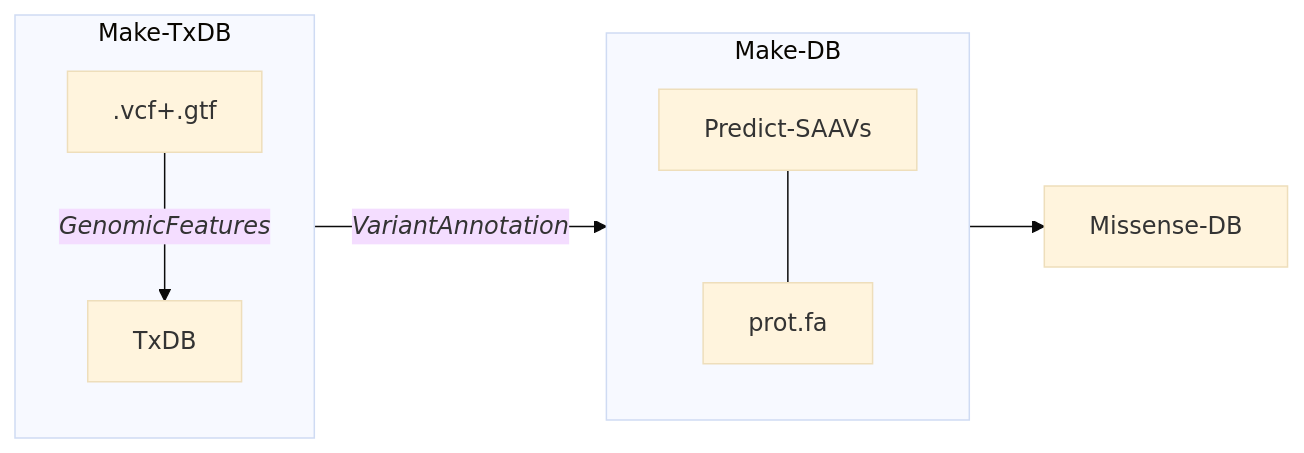
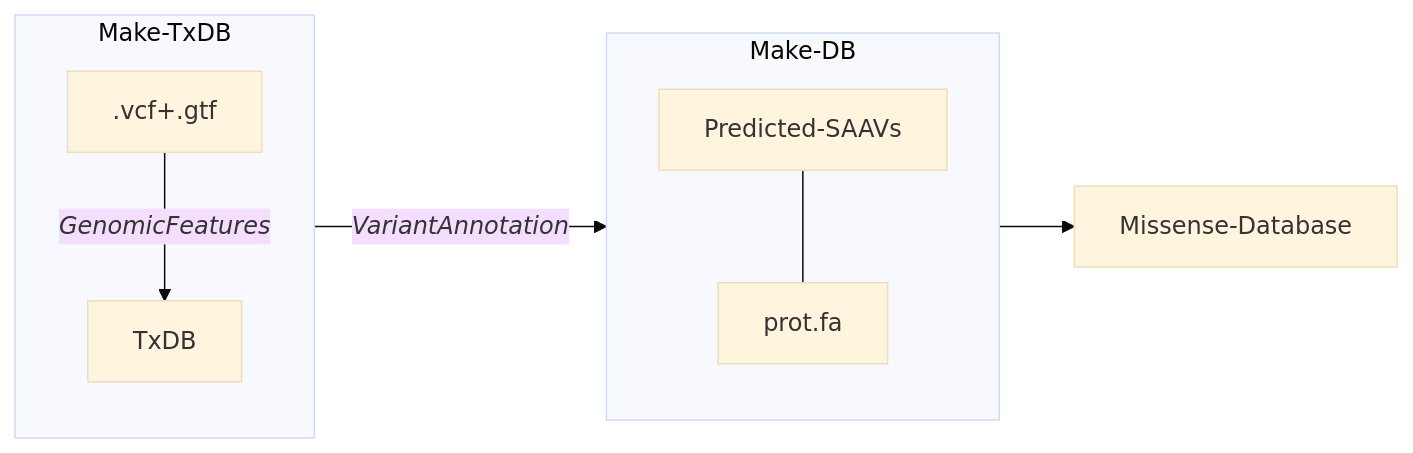
One commit to hdesai17/chemoproteogenomics changed the diagram in README.md. Above: the diagram before and after it, drawn with Mermaid (base theme).

````diff
--- a/README.md
+++ b/README.md
@@ -21,15 +21,15 @@
 ```mermaid
 
 flowchart LR;
    subgraph Make-TxDB
       direction TB
       .vcf+.gtf-->|<i>GenomicFeatures<i>|TxDB
    end
    
    subgraph Make-DB
       direction TB
-      Predict-SAAVs---prot.fa
+      Predicted-SAAVs---prot.fa
    end
    Make-TxDB-->|<i>VariantAnnotation<i>|Make-DB
-   Make-DB-->Missense-DB;
+   Make-DB-->Missense-Database;
 ```
````
